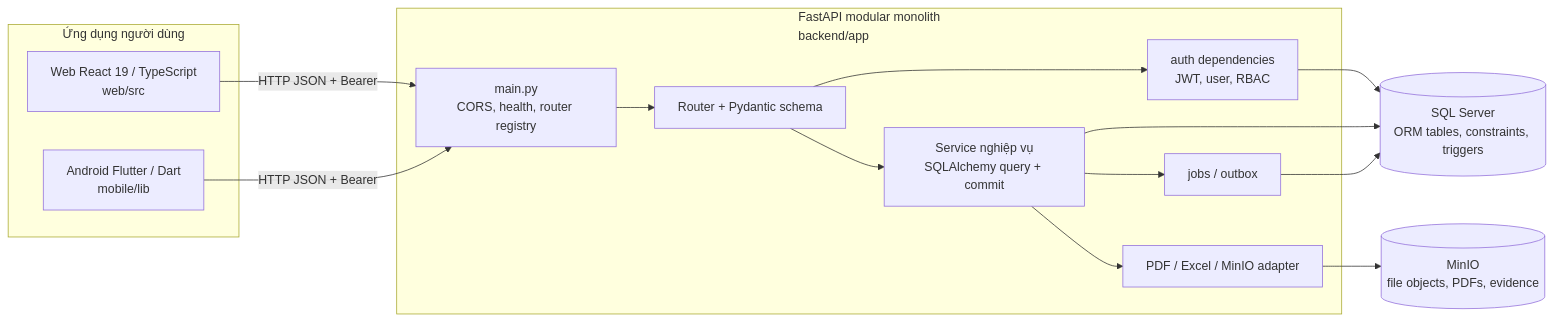
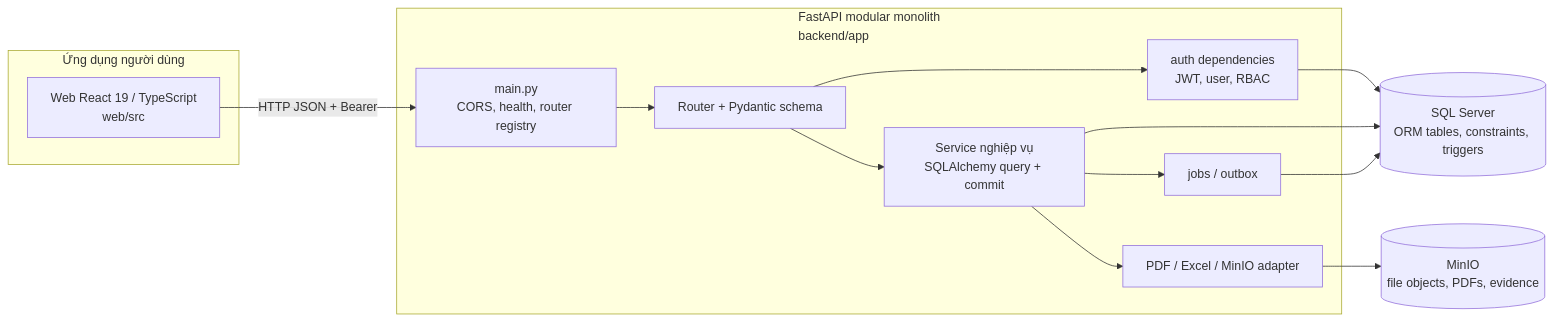
The first of 4 diagrams in docs/ORAL_DEFENSE_CODE_GUIDE.md (huyxuantruong1411/cemetery-management-system), drawn with Mermaid before and after one commit. The commit also changed other lines of this file, not shown here.

````diff
--- a/docs/ORAL_DEFENSE_CODE_GUIDE.md
+++ b/docs/ORAL_DEFENSE_CODE_GUIDE.md
@@ -17,31 +17,29 @@
 ```mermaid
 flowchart LR
     subgraph Clients[Ứng dụng người dùng]
         WEB[Web React 19 / TypeScript<br/>web/src]
-        MOB[Android Flutter / Dart<br/>mobile/lib]
     end
 
     subgraph API[FastAPI modular monolith<br/>backend/app]
         MAIN[main.py<br/>CORS, health, router registry]
         AUTH[auth dependencies<br/>JWT, user, RBAC]
         ROUTER[Router + Pydantic schema]
         SERVICE[Service nghiệp vụ<br/>SQLAlchemy query + commit]
         COMMON[PDF / Excel / MinIO adapter]
         OUTBOX[jobs / outbox]
     end
 
     DB[(SQL Server<br/>ORM tables, constraints, triggers)]
     S3[(MinIO<br/>file objects, PDFs, evidence)]
 
     WEB -->|HTTP JSON + Bearer| MAIN
-    MOB -->|HTTP JSON + Bearer| MAIN
     MAIN --> ROUTER
     ROUTER --> AUTH
     AUTH --> DB
     ROUTER --> SERVICE
     SERVICE --> DB
     SERVICE --> COMMON
     COMMON --> S3
     SERVICE --> OUTBOX
     OUTBOX --> DB
 ```
````
